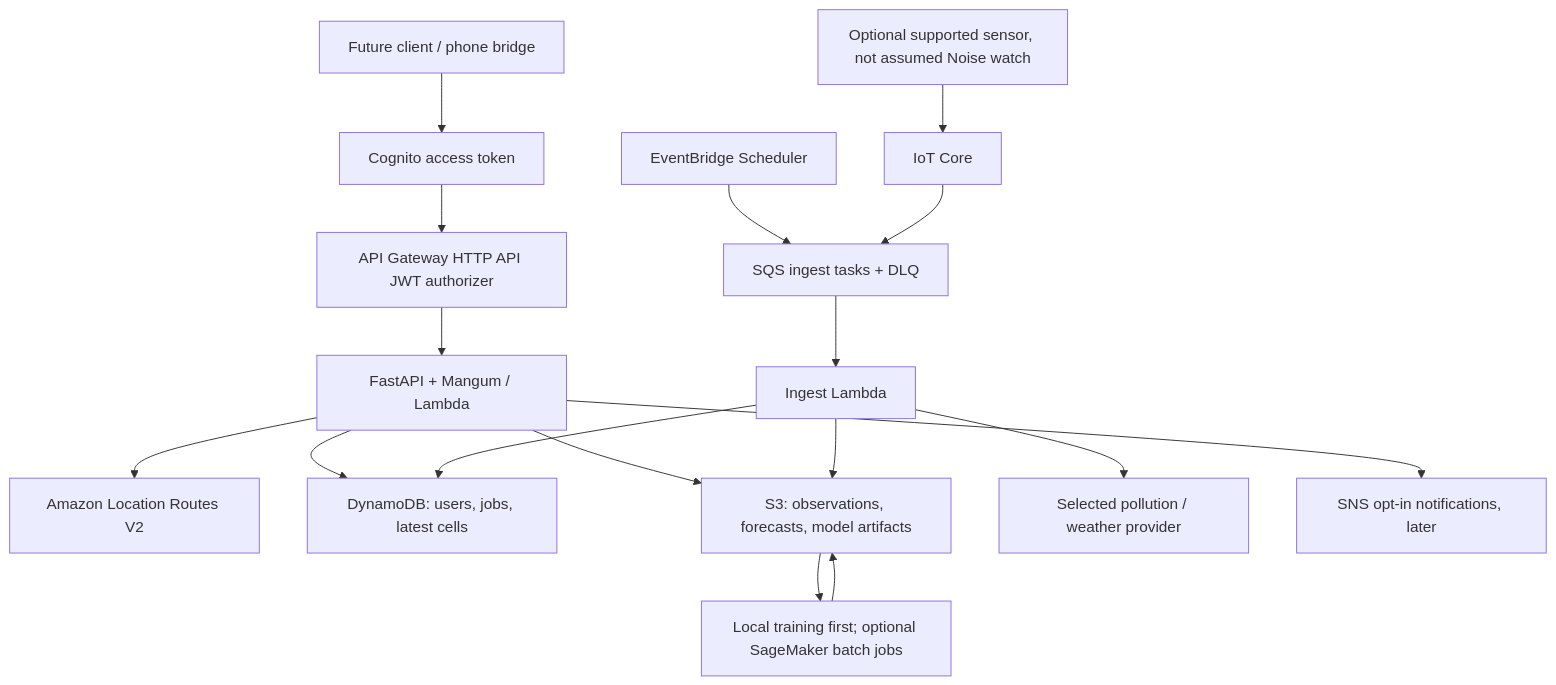
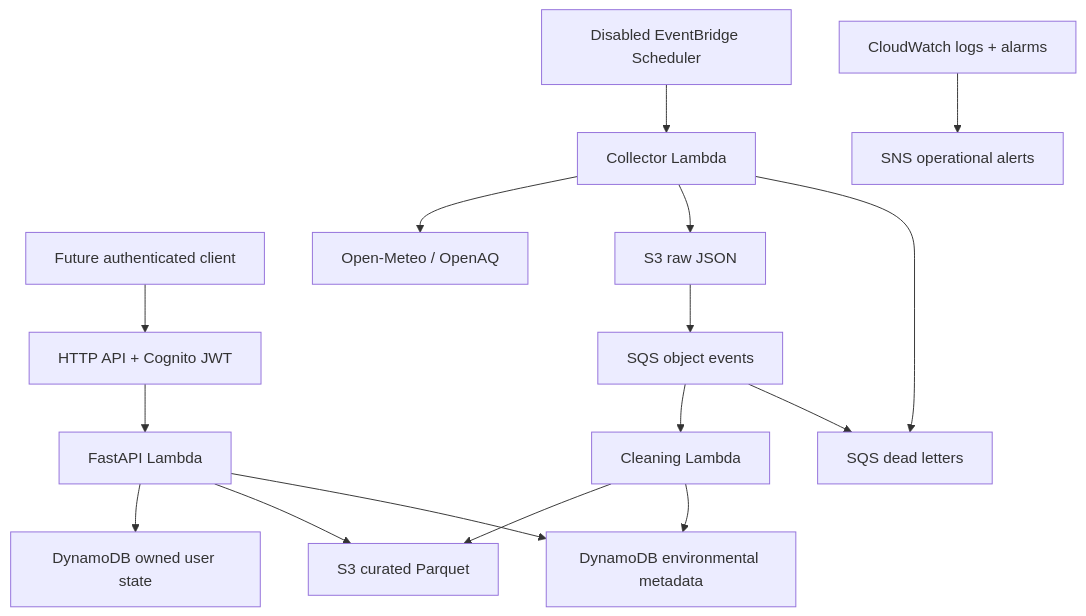
The diagram in docs/ARCHITECTURE.md (deveshsinghal09/ecoroute-ai), drawn with Mermaid before and after one commit. The commit also changed other lines of this file and 11 other files, not shown here.

````diff
--- a/docs/ARCHITECTURE.md
+++ b/docs/ARCHITECTURE.md
@@ -20,19 +18,18 @@
 ```mermaid
 flowchart TD
-  Client[Future client / phone bridge] --> Auth[Cognito access token]
-  Auth --> API[API Gateway HTTP API JWT authorizer]
-  API --> App[FastAPI + Mangum / Lambda]
-  App --> Routes[Amazon Location Routes V2]
-  App --> DDB[DynamoDB: users, jobs, latest cells]
-  App --> S3[S3: observations, forecasts, model artifacts]
-  Schedule[EventBridge Scheduler] --> Q[SQS ingest tasks + DLQ]
-  Q --> Ingest[Ingest Lambda]
-  Ingest --> Provider[Selected pollution / weather provider]
-  Ingest --> S3
-  Ingest --> DDB
-  S3 --> ML[Local training first; optional SageMaker batch jobs]
-  ML --> S3
-  App --> Notify[SNS opt-in notifications, later]
-  Device[Optional supported sensor, not assumed Noise watch] --> IoT[IoT Core]
-  IoT --> Q
+  Client[Future authenticated client] --> Gateway[HTTP API + Cognito JWT]
+  Gateway --> API[FastAPI Lambda]
+  API --> Personal[DynamoDB owned user state]
+  API --> Curated[S3 curated Parquet]
+  API --> Index[DynamoDB environmental metadata]
+  Schedule[Disabled EventBridge Scheduler] --> Collector[Collector Lambda]
+  Collector --> Providers[Open-Meteo / OpenAQ]
+  Collector --> Raw[S3 raw JSON]
+  Raw --> Queue[SQS object events]
+  Queue --> Cleaner[Cleaning Lambda]
+  Cleaner --> Curated
+  Cleaner --> Index
+  Queue --> DLQ[SQS dead letters]
+  Collector --> DLQ
+  Logs[CloudWatch logs + alarms] --> SNS[SNS operational alerts]
 ```
````
